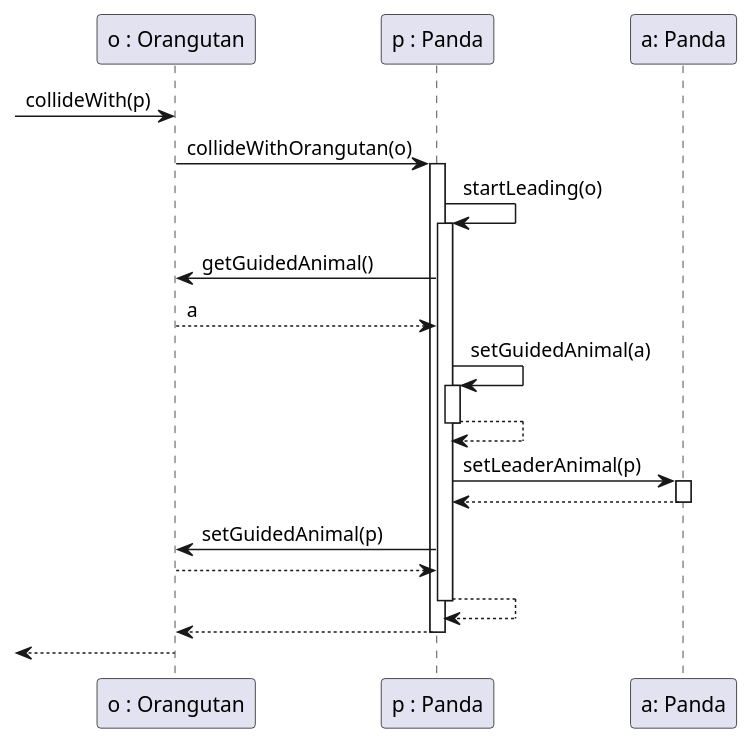
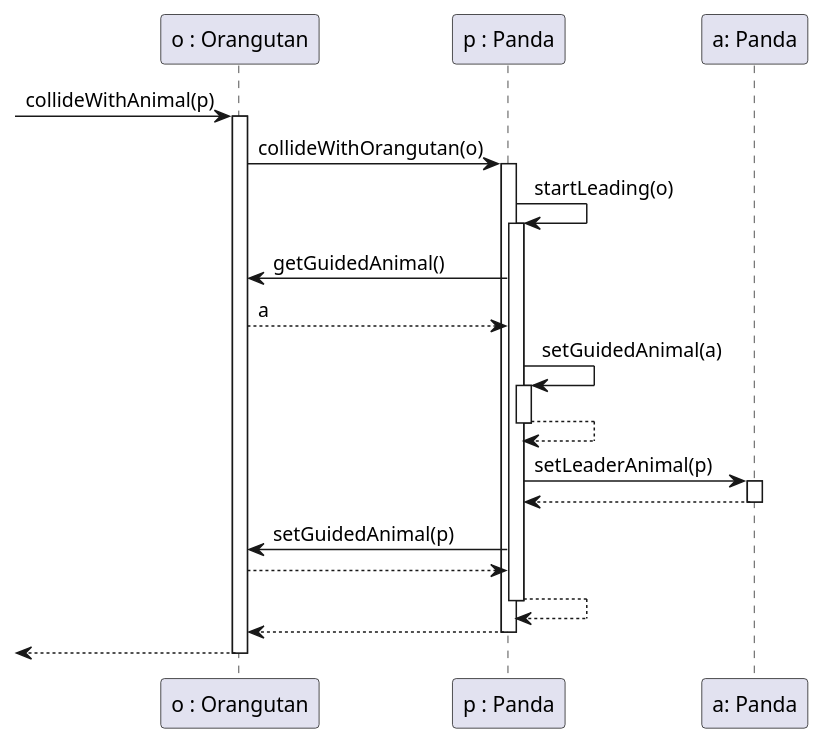
One commit to bokovhu/software-project-laboratory-assignment changed the diagram in 3-analysis-modell/java/src/main/plantuml/SequenceDiagram_Orangutan_grapsPanda.puml. Above: the diagram before and after it, drawn with PlantUML. The commit also changed 3 other files, not shown here.

Commit message:
Fix diagrams

```diff
--- a/3-analysis-modell/java/src/main/plantuml/SequenceDiagram_Orangutan_grapsPanda.puml
+++ b/3-analysis-modell/java/src/main/plantuml/SequenceDiagram_Orangutan_grapsPanda.puml
@@ -1,21 +1,25 @@
 @startuml
 participant "o : Orangutan" as o
 participant "p : Panda" as p
 participant "a: Panda" as a
 
-[-> o: collideWith(p)
+[-> o: collideWithAnimal(p)
+activate o
+
 o-> p ++ : collideWithOrangutan(o)
 p->p ++ : startLeading(o)
 p->o: getGuidedAnimal()
 o-->p: a
 p->p ++ : setGuidedAnimal(a)
 p--> p -- :
 p->a ++ : setLeaderAnimal(p)
 a-->p --
 p->o: setGuidedAnimal(p)
 o-->p
 p-->p --
 p -->o --
+
 [<--o
+deactivate o
 
 @enduml
```
